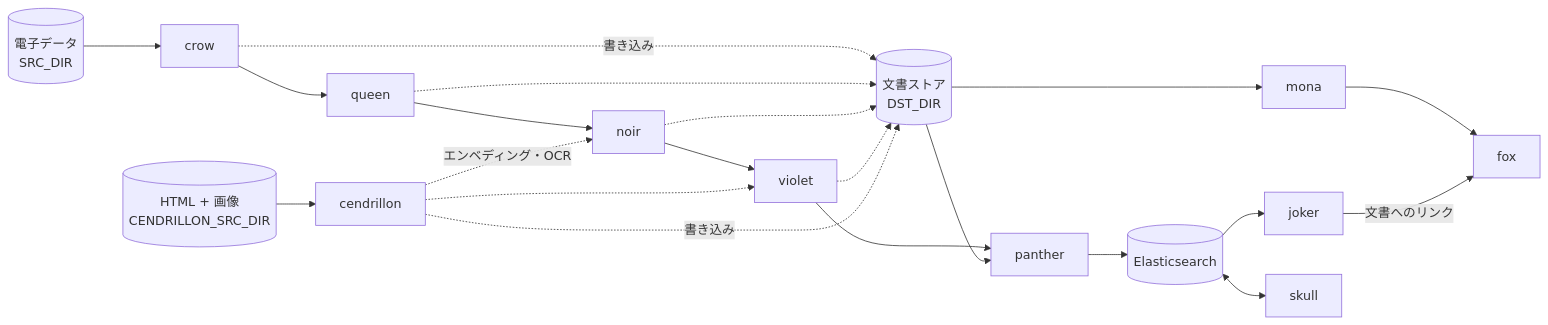
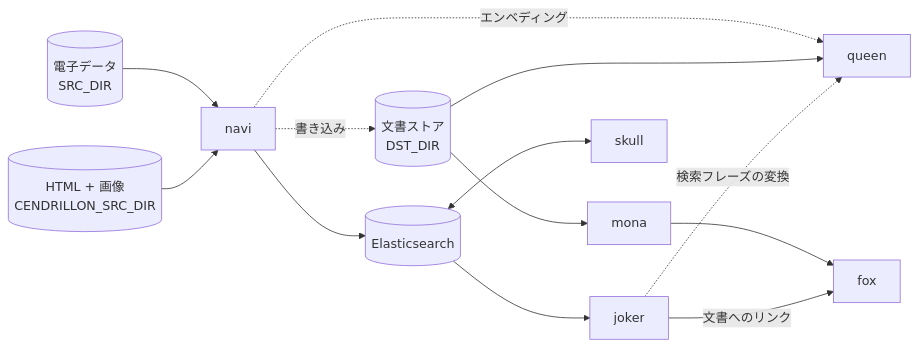
Before and after one commit to hyperion13th144m/phantom-release: the diagram in README.md, drawn with Mermaid. The commit also changed other lines of this file and 14 other files, not shown here.

````diff
--- a/README.md
+++ b/README.md
@@ -25,19 +26,15 @@
 ```mermaid
 flowchart LR
-    SRC[("電子データ<br/>SRC_DIR")] --> crow
-    HTMLSRC[("HTML + 画像<br/>CENDRILLON_SRC_DIR")] --> cendrillon
-    crow --> queen --> noir --> violet --> panther --> ES[("Elasticsearch")]
-    crow -. 書き込み .-> STORE[("文書ストア<br/>DST_DIR")]
-    queen -.-> STORE
-    noir -.-> STORE
-    violet -.-> STORE
-    cendrillon -. 書き込み .-> STORE
-    cendrillon -. エンベディング・OCR .-> noir
-    cendrillon -.-> violet
-    STORE --> panther
+    SRC[("電子データ<br/>SRC_DIR")] --> navi
+    HTMLSRC[("HTML + 画像<br/>CENDRILLON_SRC_DIR")] --> navi
+    navi -. 書き込み .-> STORE[("文書ストア<br/>DST_DIR")]
+    navi -. エンベディング .-> queen
+    navi --> ES[("Elasticsearch")]
+    STORE --> queen
     STORE --> mona
     ES --> joker
+    joker -. 検索フレーズの変換 .-> queen
     ES <--> skull
     mona --> fox
     joker -->|文書へのリンク| fox
 ```
````
